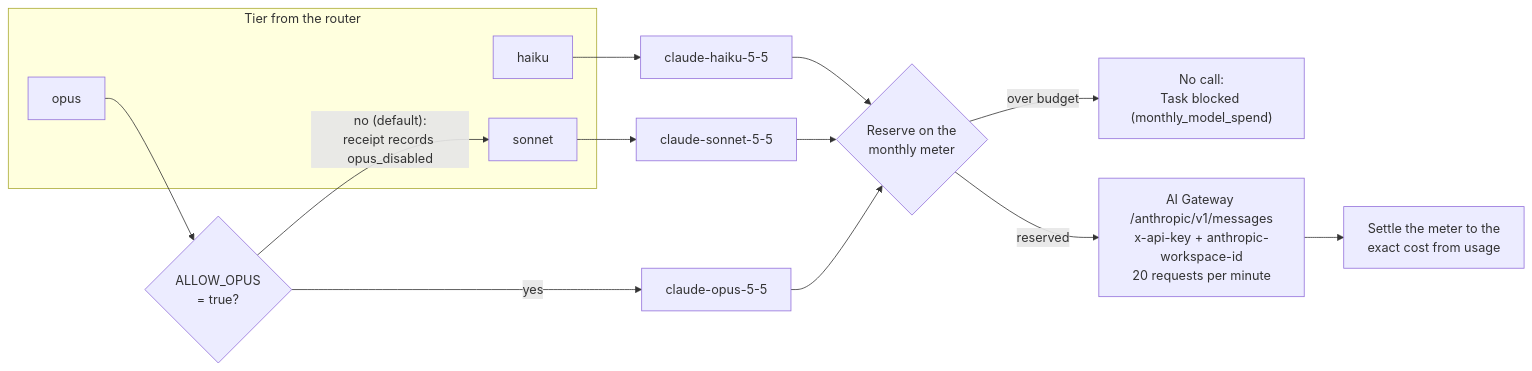
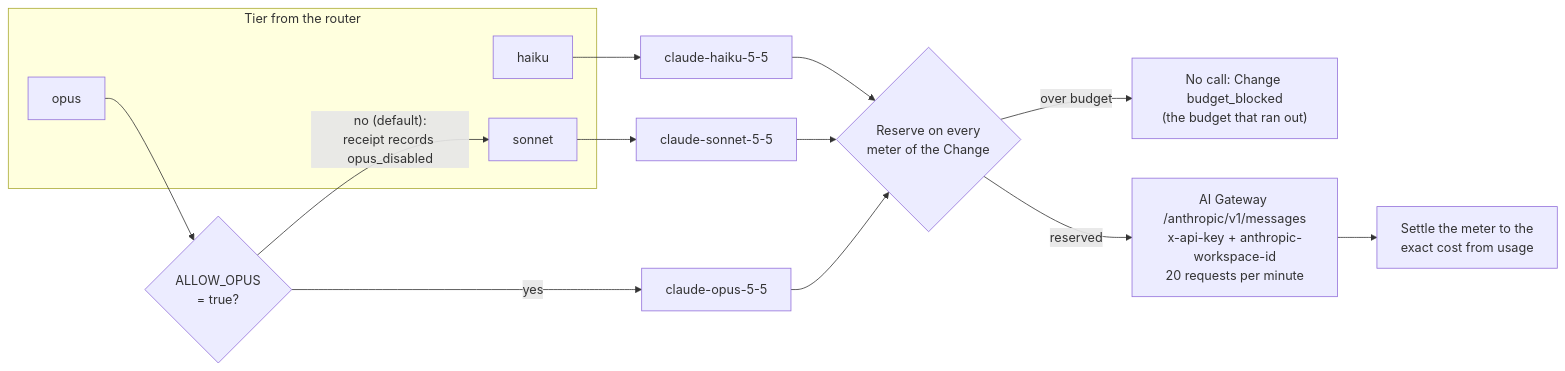
Before and after one commit to nsudhanva/rhumbatron: the fourth of 7 diagrams in docs/architecture/agents-and-models.md, drawn with Mermaid. The commit also changed other lines of this file and 31 other files, not shown here.

First line of the commit message:
feat(model-router): project and account budget scopes

````diff
--- a/docs/architecture/agents-and-models.md
+++ b/docs/architecture/agents-and-models.md
@@ -154,19 +157,19 @@
 ```mermaid
 flowchart LR
   subgraph Tier["Tier from the router"]
     H["haiku"]
     S["sonnet"]
     O["opus"]
   end
   O --> OP{"ALLOW_OPUS<br/>= true?"}
   OP -->|"no (default):<br/>receipt records opus_disabled"| S
   OP -->|"yes"| OPUS["claude-opus-5-5"]
   H --> HM["claude-haiku-5-5"]
   S --> SM["claude-sonnet-5-5"]
-  HM --> RES{"Reserve on the<br/>monthly meter"}
+  HM --> RES{"Reserve on every<br/>meter of the Change"}
   SM --> RES
   OPUS --> RES
-  RES -->|"over budget"| STOP["No call:<br/>Task blocked (monthly_model_spend)"]
+  RES -->|"over budget"| STOP["No call: Change budget_blocked<br/>(the budget that ran out)"]
   RES -->|"reserved"| GW["AI Gateway /anthropic/v1/messages<br/>x-api-key + anthropic-workspace-id<br/>20 requests per minute"]
   GW --> SETTLE["Settle the meter to the<br/>exact cost from usage"]
 ```
````
